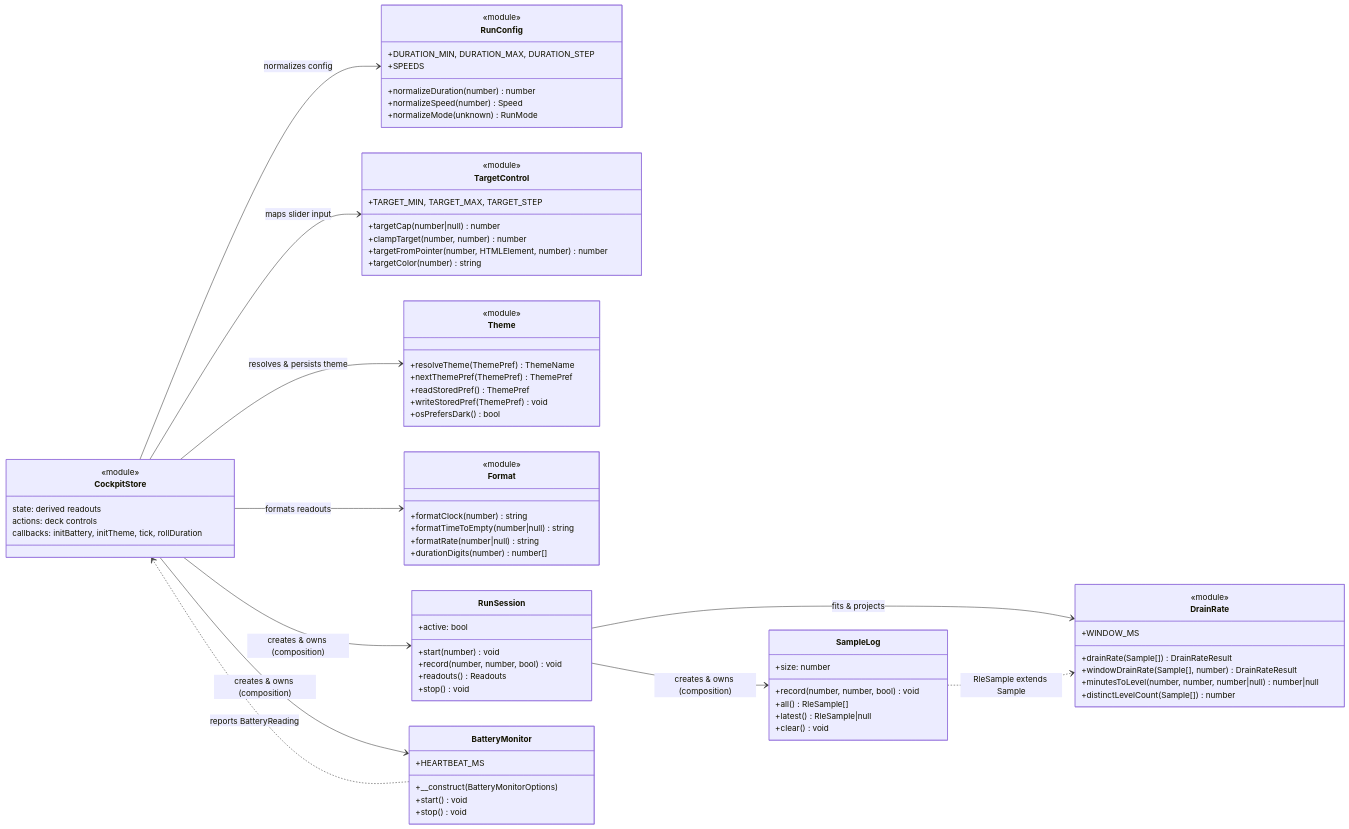
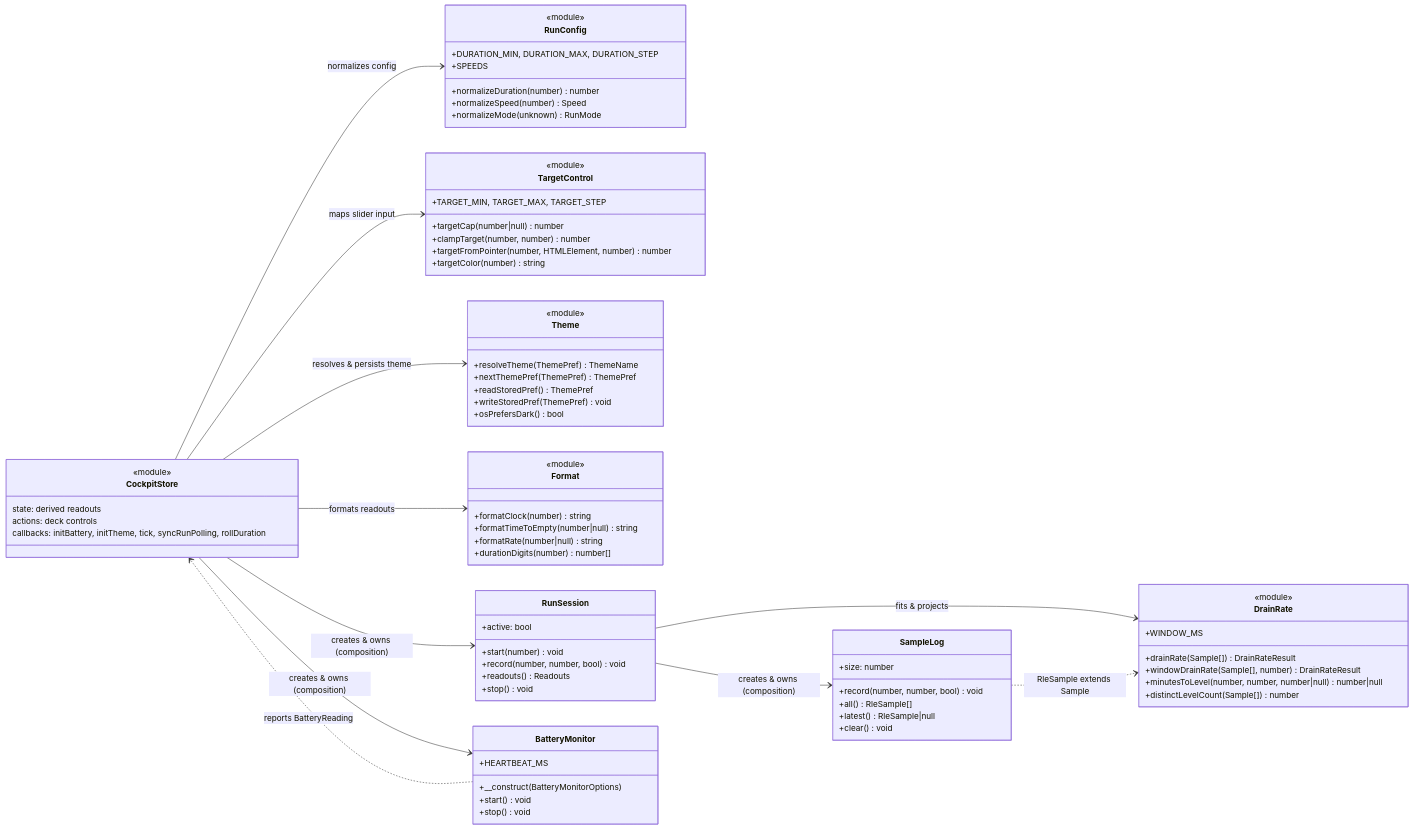
Before and after one commit to erdembircan/battery-surf-bench: the diagram in docs/contracts/cockpit-frontend-modules.mmd, drawn with Mermaid. The commit also changed 6 other files, not shown here.

First line of the commit message:
[REFACTOR]: gate battery heartbeat poll reactively to the run

```diff
--- a/docs/contracts/cockpit-frontend-modules.mmd
+++ b/docs/contracts/cockpit-frontend-modules.mmd
@@ -1,91 +1,91 @@
 %% Cockpit front-end modules — contract chart.
 %% The client side of the `bsb/cockpit` block: the Interactivity store and the
 %% focused domains it delegates to. Function-only modules are marked
 %% <<module>>; the rest are classes. Only the public (exported) surface is shown.
 classDiagram
     direction LR
 
     class CockpitStore {
         <<module>>
         state: derived readouts
         actions: deck controls
-        callbacks: initBattery, initTheme, tick, rollDuration
+        callbacks: initBattery, initTheme, tick, syncRunPolling, rollDuration
     }
 
     class RunConfig {
         <<module>>
         +normalizeDuration(number) number
         +normalizeSpeed(number) Speed
         +normalizeMode(unknown) RunMode
         +DURATION_MIN, DURATION_MAX, DURATION_STEP
         +SPEEDS
     }
 
     class TargetControl {
         <<module>>
         +targetCap(number|null) number
         +clampTarget(number, number) number
         +targetFromPointer(number, HTMLElement, number) number
         +targetColor(number) string
         +TARGET_MIN, TARGET_MAX, TARGET_STEP
     }
 
     class Theme {
         <<module>>
         +resolveTheme(ThemePref) ThemeName
         +nextThemePref(ThemePref) ThemePref
         +readStoredPref() ThemePref
         +writeStoredPref(ThemePref) void
         +osPrefersDark() bool
     }
 
     class Format {
         <<module>>
         +formatClock(number) string
         +formatTimeToEmpty(number|null) string
         +formatRate(number|null) string
         +durationDigits(number) number[]
     }
 
     class DrainRate {
         <<module>>
         +drainRate(Sample[]) DrainRateResult
         +windowDrainRate(Sample[], number) DrainRateResult
         +minutesToLevel(number, number, number|null) number|null
         +distinctLevelCount(Sample[]) number
         +WINDOW_MS
     }
 
     class SampleLog {
         +record(number, number, bool) void
         +all() RleSample[]
         +latest() RleSample|null
         +size: number
         +clear() void
     }
 
     class RunSession {
         +start(number) void
         +active: bool
         +record(number, number, bool) void
         +readouts() Readouts
         +stop() void
     }
 
     class BatteryMonitor {
         +__construct(BatteryMonitorOptions)
         +start() void
         +stop() void
         +HEARTBEAT_MS
     }
 
     CockpitStore --> RunConfig : normalizes config
     CockpitStore --> TargetControl : maps slider input
     CockpitStore --> Theme : resolves & persists theme
     CockpitStore --> Format : formats readouts
     CockpitStore --> BatteryMonitor : creates & owns (composition)
     CockpitStore --> RunSession : creates & owns (composition)
     BatteryMonitor ..> CockpitStore : reports BatteryReading
     RunSession --> SampleLog : creates & owns (composition)
     RunSession --> DrainRate : fits & projects
     SampleLog ..> DrainRate : RleSample extends Sample
```
